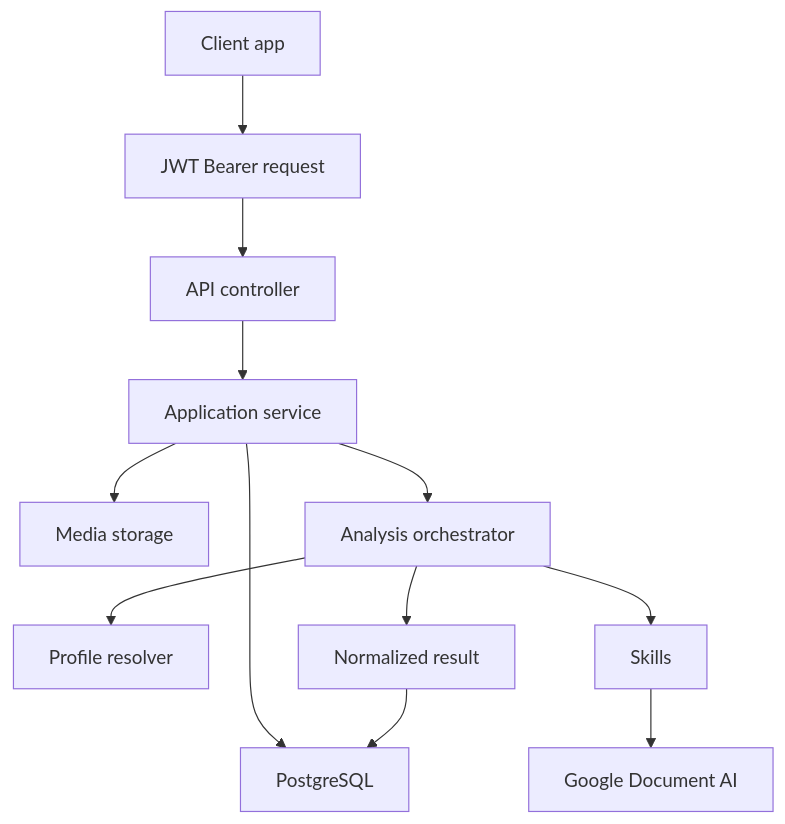
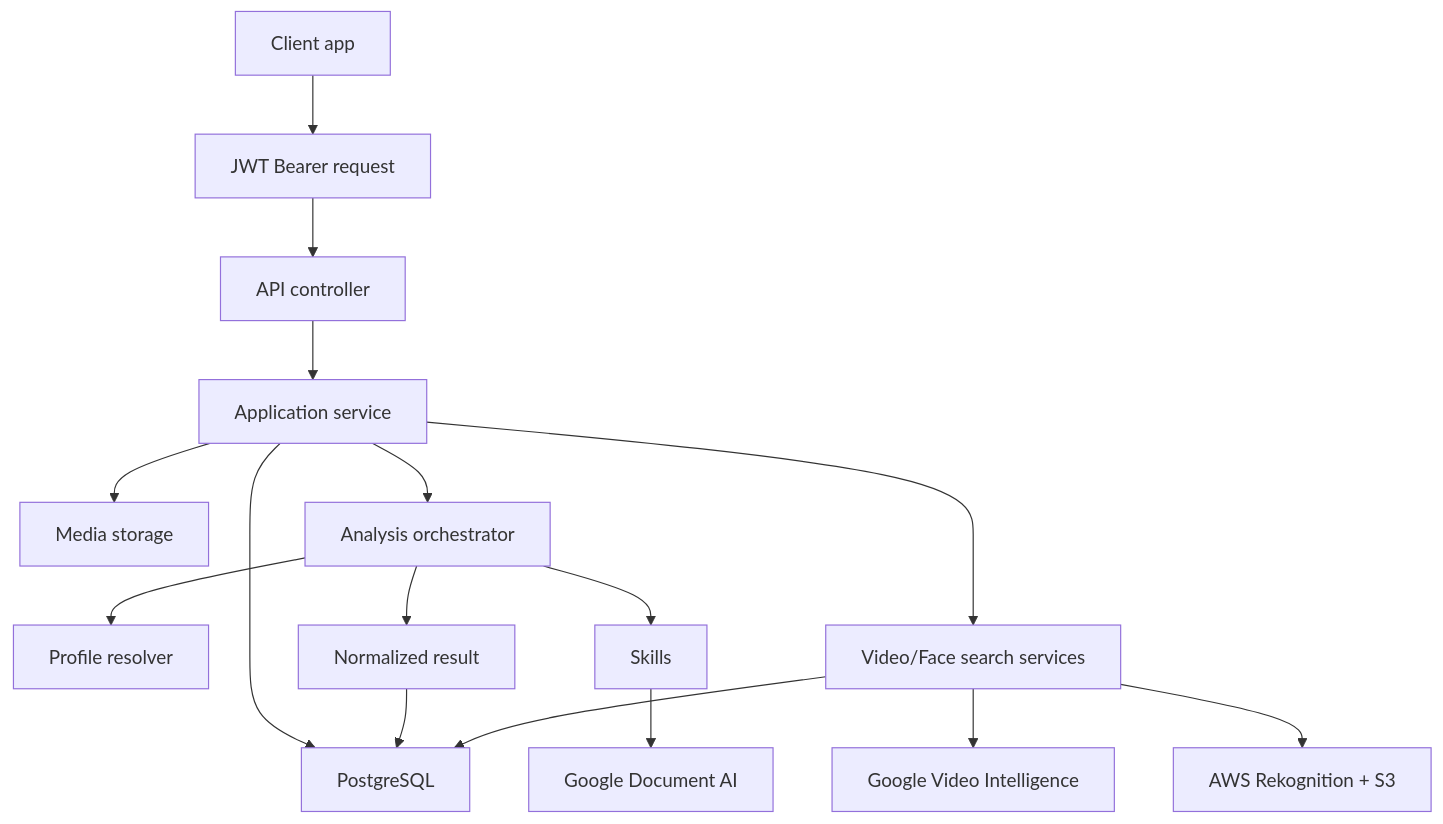
The first of 2 diagrams in docs/architecture.en.md (lokomurdok89/DeValpo.MediaIntelligence), drawn with Mermaid before and after one commit. The commit also changed other lines of this file and 12 other files, not shown here.

Commit message:
Document AWS face search workflow

````diff
--- a/docs/architecture.en.md
+++ b/docs/architecture.en.md
@@ -25,14 +25,18 @@
 ```mermaid
 flowchart TD
     A["Client app"] --> B["JWT Bearer request"]
     B --> C["API controller"]
     C --> D["Application service"]
     D --> E["Media storage"]
     D --> F["PostgreSQL"]
     D --> G["Analysis orchestrator"]
     G --> H["Profile resolver"]
     G --> I["Skills"]
     I --> J["Google Document AI"]
+    D --> L["Video/Face search services"]
+    L --> M["Google Video Intelligence"]
+    L --> N["AWS Rekognition + S3"]
     G --> K["Normalized result"]
     K --> F
+    L --> F
 ```
````
